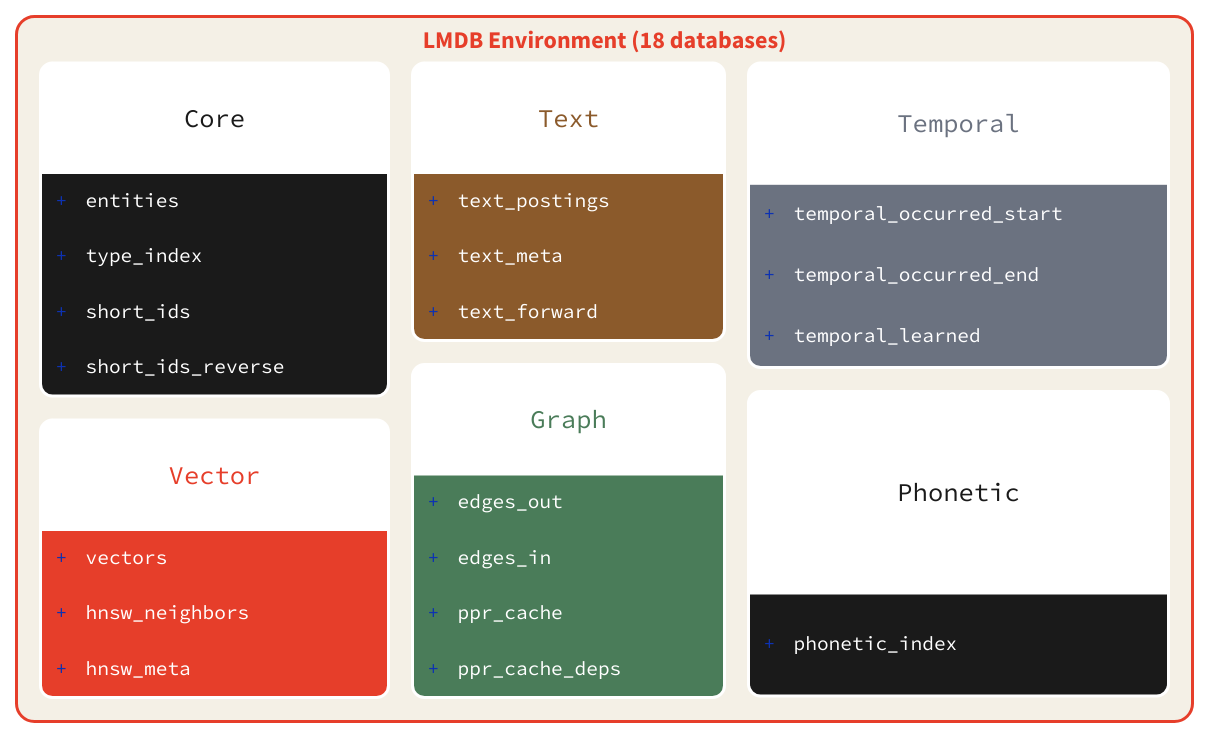
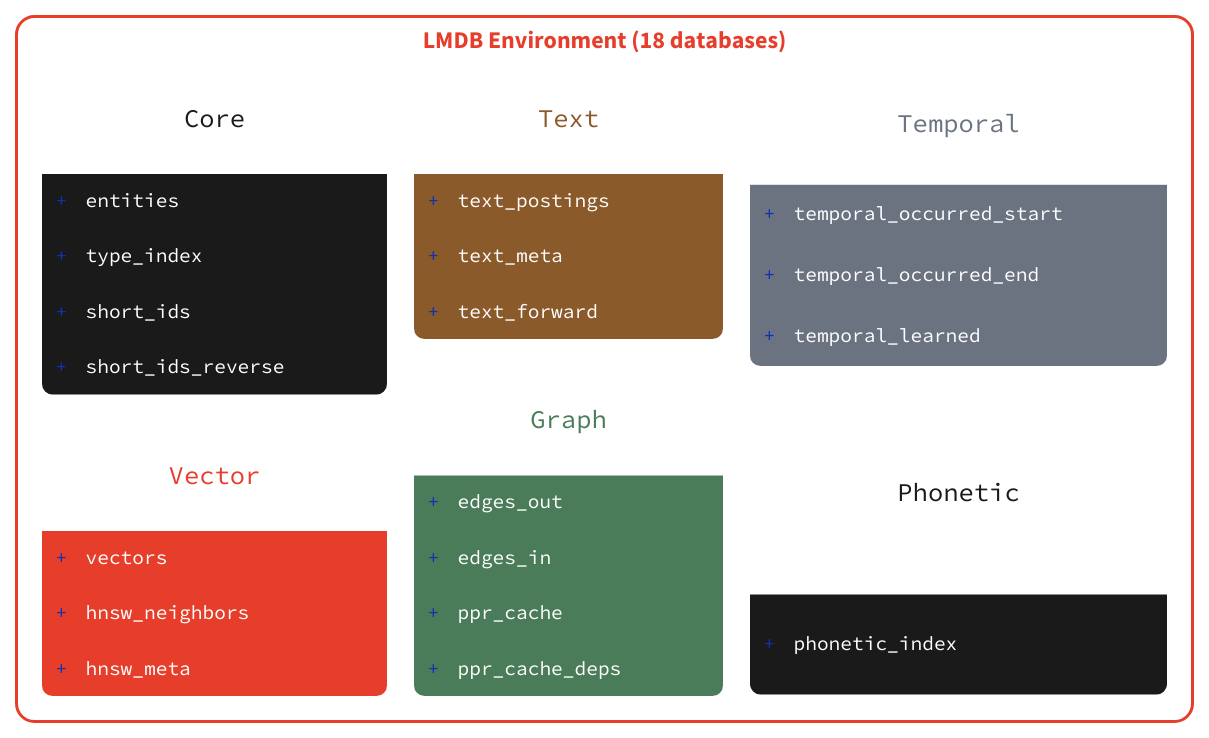
Before and after one commit to oneiron-dev/oneiron: the diagram in docs/storage-light.d2, drawn with D2. The commit also changed 6 other files, not shown here.

First line of the commit message:
Fix diagram consistency: sketch mode, brand colors, reduced hatching

```diff
--- a/docs/storage-light.d2
+++ b/docs/storage-light.d2
@@ -1,91 +1,91 @@
 direction: down
 
 vault: LMDB Environment (18 databases) {
-  style.fill: "#F4F0E6"
+  style.fill: transparent
   style.stroke: "#E63E2A"
   style.border-radius: 12
   style.font-color: "#E63E2A"
   style.font-size: 16
   style.bold: true
 
   grid-columns: 3
   grid-gap: 16
 
   core: "Core" {
     shape: class
     style.fill: "#ffffff"
     style.stroke: "#1a1a1a"
     style.border-radius: 8
     style.font-color: "#1a1a1a"
     style.font-size: 13
 
     entities
     type_index
     short_ids
     short_ids_reverse
   }
 
   vector: "Vector" {
     shape: class
     style.fill: "#ffffff"
     style.stroke: "#E63E2A"
     style.border-radius: 8
     style.font-color: "#E63E2A"
     style.font-size: 13
 
     vectors
     hnsw_neighbors
     hnsw_meta
   }
 
   text: "Text" {
     shape: class
     style.fill: "#ffffff"
     style.stroke: "#8B5A2B"
     style.border-radius: 8
     style.font-color: "#8B5A2B"
     style.font-size: 13
 
     text_postings
     text_meta
     text_forward
   }
 
   graph: "Graph" {
     shape: class
     style.fill: "#ffffff"
     style.stroke: "#4A7C59"
     style.border-radius: 8
     style.font-color: "#4A7C59"
     style.font-size: 13
 
     edges_out
     edges_in
     ppr_cache
     ppr_cache_deps
   }
 
   temporal: "Temporal" {
     shape: class
     style.fill: "#ffffff"
     style.stroke: "#6B7280"
     style.border-radius: 8
     style.font-color: "#6B7280"
     style.font-size: 13
 
     temporal_occurred_start
     temporal_occurred_end
     temporal_learned
   }
 
   phonetic: "Phonetic" {
     shape: class
     style.fill: "#ffffff"
     style.stroke: "#1a1a1a"
     style.border-radius: 8
     style.font-color: "#1a1a1a"
     style.font-size: 13
 
     phonetic_index
   }
 }
```
